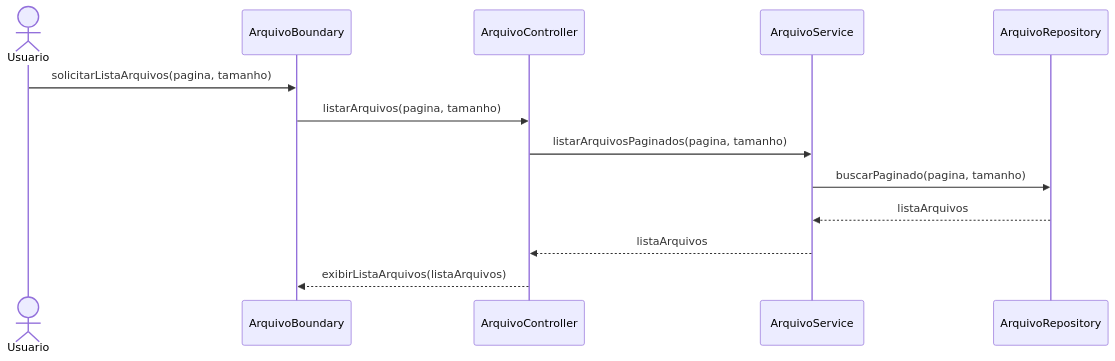
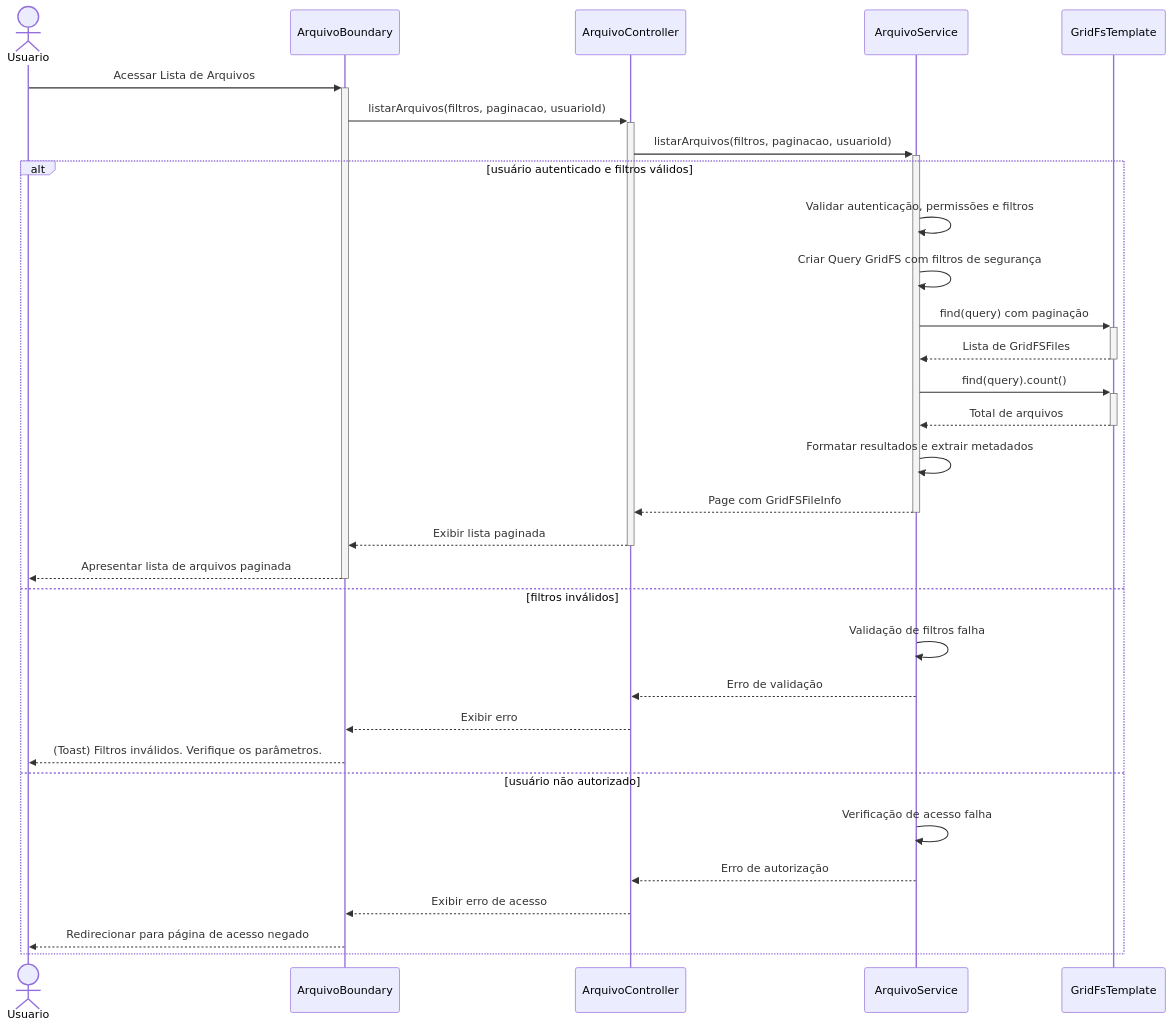
The third of 4 diagrams in docs/modeling/files.md (ImGabreuw/learning-management-system), drawn with Mermaid before and after one commit. The commit also changed other lines of this file and 1 other file, not shown here.

````diff
--- a/docs/modeling/files.md
+++ b/docs/modeling/files.md
@@ -56,16 +84,35 @@
 ```mermaid
 sequenceDiagram
     actor Usuario
     participant boundary as ArquivoBoundary
     participant controller as ArquivoController
     participant service as ArquivoService
-    participant repo as ArquivoRepository
+    participant gridFsTemplate as GridFsTemplate
 
-    Usuario->>boundary: solicitarListaArquivos(pagina, tamanho)
-    boundary->>controller: listarArquivos(pagina, tamanho)
-    controller->>service: listarArquivosPaginados(pagina, tamanho)
-    service->>repo: buscarPaginado(pagina, tamanho)
-    repo-->>service: listaArquivos
-    service-->>controller: listaArquivos
-    controller-->>boundary: exibirListaArquivos(listaArquivos)
+    Usuario->>+boundary: Acessar Lista de Arquivos
+    boundary->>+controller: listarArquivos(filtros, paginacao, usuarioId)
+    controller->>+service: listarArquivos(filtros, paginacao, usuarioId)
+    
+    alt usuário autenticado e filtros válidos
+        service->>service: Validar autenticação, permissões e filtros
+        service->>service: Criar Query GridFS com filtros de segurança
+        service->>+gridFsTemplate: find(query) com paginação
+        gridFsTemplate-->>-service: Lista de GridFSFiles
+        service->>+gridFsTemplate: find(query).count()
+        gridFsTemplate-->>-service: Total de arquivos
+        service->>service: Formatar resultados e extrair metadados
+        service-->>-controller: Page com GridFSFileInfo
+        controller-->>-boundary: Exibir lista paginada
+        boundary-->>-Usuario: Apresentar lista de arquivos paginada
+    else filtros inválidos
+        service->>service: Validação de filtros falha
+        service-->>controller: Erro de validação
+        controller-->>boundary: Exibir erro
+        boundary-->>Usuario: (Toast) Filtros inválidos. Verifique os parâmetros.
+    else usuário não autorizado
+        service->>service: Verificação de acesso falha
+        service-->>controller: Erro de autorização
+        controller-->>boundary: Exibir erro de acesso
+        boundary-->>Usuario: Redirecionar para página de acesso negado
+    end
 ```
````
